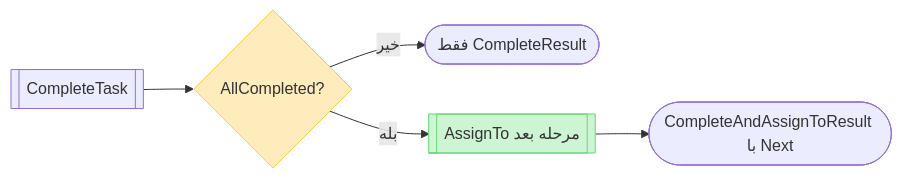
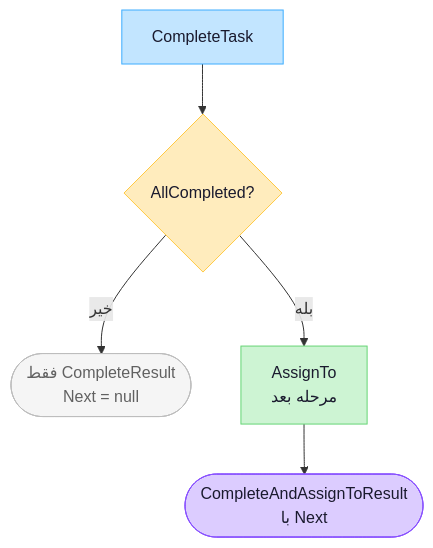
One commit to mortenaho/WorkFlowEngine changed the second of 6 diagrams in docs/architecture.md. Above: the diagram before and after it, drawn with Mermaid. The commit also changed other lines of this file and 1 other file, not shown here.

First line of the commit message:
Update architecture documentation with improved Mermaid diagrams and add Mermaid configuration for enhanced styling

````diff
--- a/docs/architecture.md
+++ b/docs/architecture.md
@@ -144,10 +148,13 @@
 ```mermaid
-flowchart LR
-    complete[["CompleteTask"]] --> check{AllCompleted?}
-    check -->|"خیر"| stop([فقط CompleteResult])
-    check -->|"بله"| refer[["AssignTo مرحله بعد"]]
-    refer --> out([CompleteAndAssignToResult با Next])
+flowchart TD
+    complete["CompleteTask"] --> check{"AllCompleted?"}
+    check -->|"خیر"| stop(["فقط CompleteResult<br/>Next = null"])
+    check -->|"بله"| refer["AssignTo<br/>مرحله بعد"]
+    refer --> out(["CompleteAndAssignToResult<br/>با Next"])
 
-    style check fill:#FFECBD,stroke:#FFC943
-    style refer fill:#CDF4D3,stroke:#66D575
+    style complete fill:#C2E5FF,stroke:#3DADFF,color:#1a1a2e
+    style check fill:#FFECBD,stroke:#FFC943,color:#1a1a2e
+    style refer fill:#CDF4D3,stroke:#66D575,color:#1a1a2e
+    style stop fill:#f5f5f5,stroke:#bdbdbd,color:#616161
+    style out fill:#DCCCFF,stroke:#874FFF,color:#1a1a2e
 ```
````
